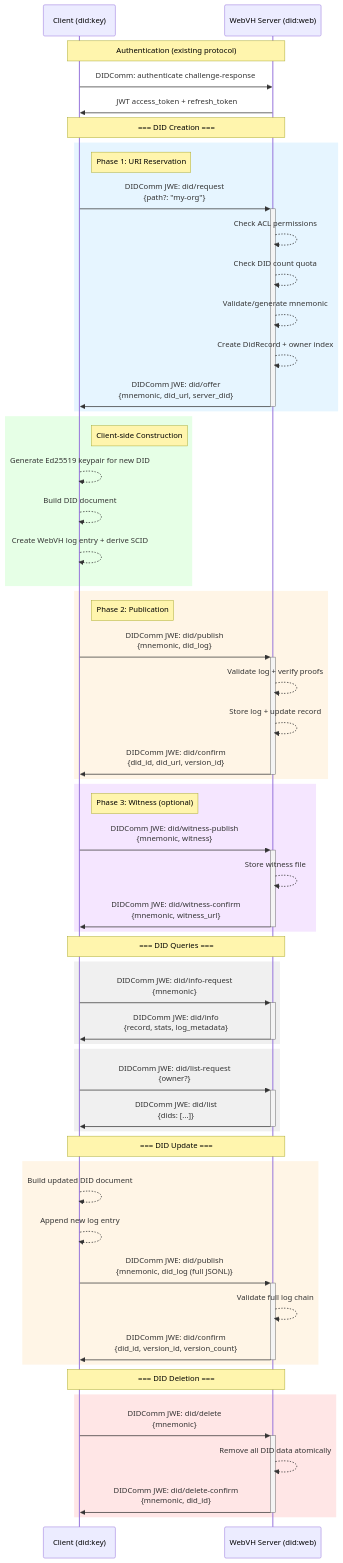
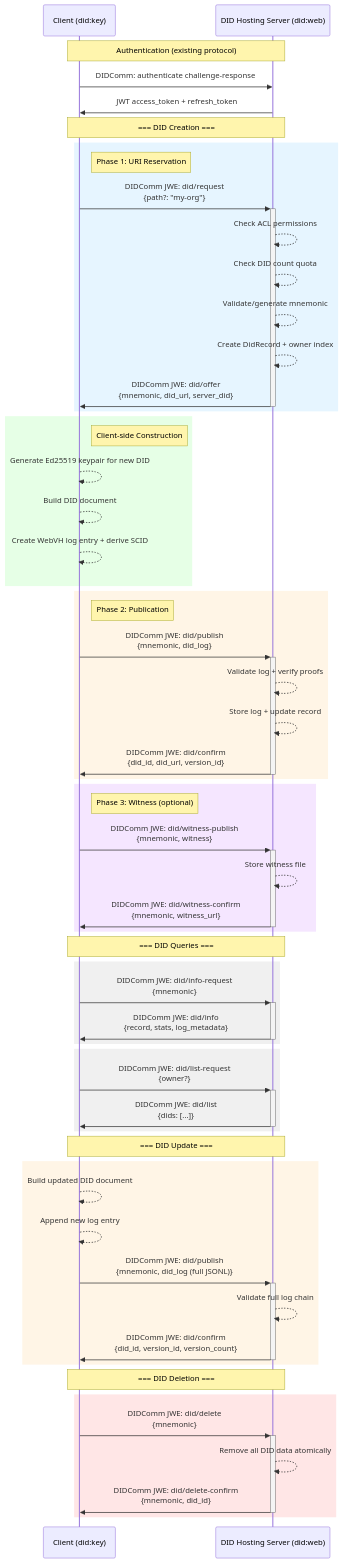
Before and after one commit to affinidi/affinidi-webvh-service: the fifth of 5 diagrams in docs/didcomm-did-management-protocol.md, drawn with Mermaid. The commit also changed other lines of this file and 66 other files, not shown here.

````diff
--- a/docs/didcomm-did-management-protocol.md
+++ b/docs/didcomm-did-management-protocol.md
@@ -978,73 +978,73 @@
 ```mermaid
 sequenceDiagram
     participant C as Client (did:key)
-    participant S as WebVH Server (did:web)
+    participant S as DID Hosting Server (did:web)
 
     Note over C,S: Authentication (existing protocol)
     C->>S: DIDComm: authenticate challenge-response
     S->>C: JWT access_token + refresh_token
 
     Note over C,S: === DID Creation ===
 
     rect rgb(230, 245, 255)
         Note right of C: Phase 1: URI Reservation
         C->>+S: DIDComm JWE: did/request<br/>{path?: "my-org"}
         S-->>S: Check ACL permissions
         S-->>S: Check DID count quota
         S-->>S: Validate/generate mnemonic
         S-->>S: Create DidRecord + owner index
         S->>-C: DIDComm JWE: did/offer<br/>{mnemonic, did_url, server_did}
     end
 
     rect rgb(230, 255, 230)
         Note right of C: Client-side Construction
         C-->>C: Generate Ed25519 keypair for new DID
         C-->>C: Build DID document
         C-->>C: Create WebVH log entry + derive SCID
     end
 
     rect rgb(255, 245, 230)
         Note right of C: Phase 2: Publication
         C->>+S: DIDComm JWE: did/publish<br/>{mnemonic, did_log}
         S-->>S: Validate log + verify proofs
         S-->>S: Store log + update record
         S->>-C: DIDComm JWE: did/confirm<br/>{did_id, did_url, version_id}
     end
 
     rect rgb(245, 230, 255)
         Note right of C: Phase 3: Witness (optional)
         C->>+S: DIDComm JWE: did/witness-publish<br/>{mnemonic, witness}
         S-->>S: Store witness file
         S->>-C: DIDComm JWE: did/witness-confirm<br/>{mnemonic, witness_url}
     end
 
     Note over C,S: === DID Queries ===
 
     rect rgb(240, 240, 240)
         C->>+S: DIDComm JWE: did/info-request<br/>{mnemonic}
         S->>-C: DIDComm JWE: did/info<br/>{record, stats, log_metadata}
     end
 
     rect rgb(240, 240, 240)
         C->>+S: DIDComm JWE: did/list-request<br/>{owner?}
         S->>-C: DIDComm JWE: did/list<br/>{dids: [...]}
     end
 
     Note over C,S: === DID Update ===
 
     rect rgb(255, 245, 230)
         C-->>C: Build updated DID document
         C-->>C: Append new log entry
         C->>+S: DIDComm JWE: did/publish<br/>{mnemonic, did_log (full JSONL)}
         S-->>S: Validate full log chain
         S->>-C: DIDComm JWE: did/confirm<br/>{did_id, version_id, version_count}
     end
 
     Note over C,S: === DID Deletion ===
 
     rect rgb(255, 230, 230)
         C->>+S: DIDComm JWE: did/delete<br/>{mnemonic}
         S-->>S: Remove all DID data atomically
         S->>-C: DIDComm JWE: did/delete-confirm<br/>{mnemonic, did_id}
     end
 ```
````
